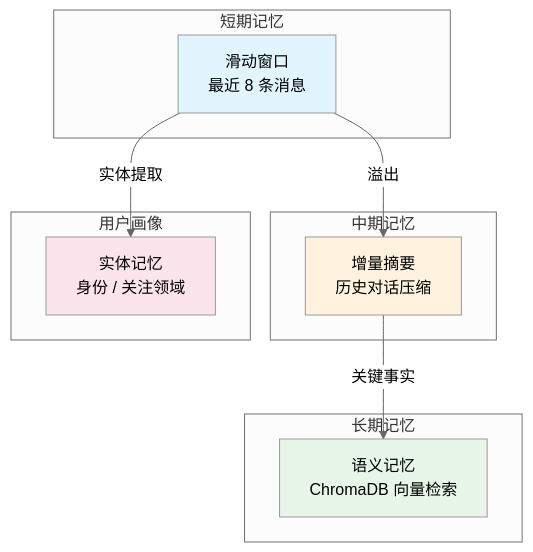
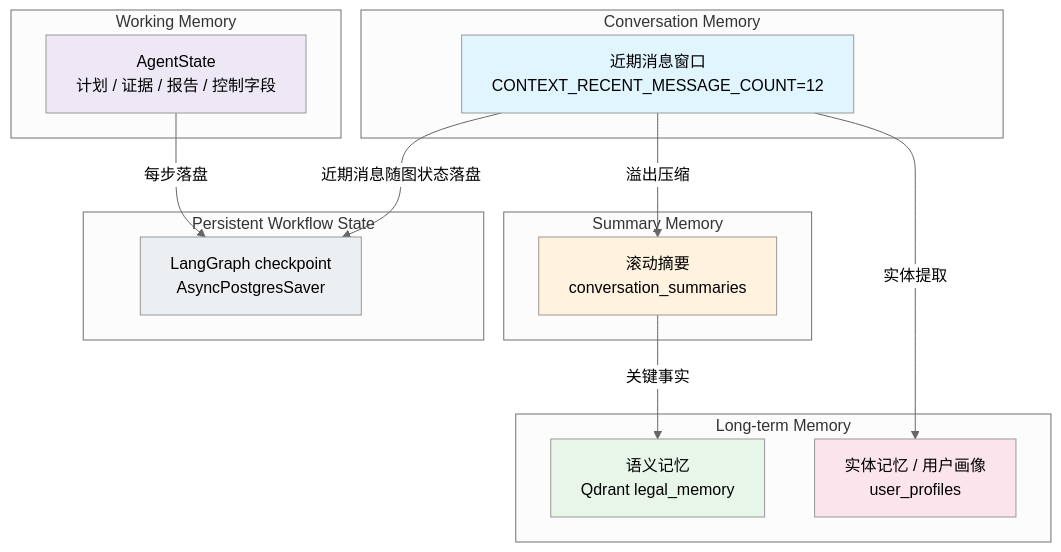
The second of 2 diagrams in docs/sequences/memory-flow.md (uuo00n/lexcore-legal-agent), drawn with Mermaid (neutral theme) before and after one commit. The commit also changed other lines of this file and 28 other files, not shown here.

````diff
--- a/docs/sequences/memory-flow.md
+++ b/docs/sequences/memory-flow.md
@@ -40,27 +41,36 @@
 ```mermaid
 graph TB
-    subgraph 短期["短期记忆"]
-        SW[滑动窗口<br/>最近 8 条消息]
+    subgraph WM["Working Memory"]
+        WS[AgentState<br/>计划 / 证据 / 报告 / 控制字段]
     end
 
-    subgraph 中期["中期记忆"]
-        SUM[增量摘要<br/>历史对话压缩]
+    subgraph 短期["Conversation Memory"]
+        SW[近期消息窗口<br/>CONTEXT_RECENT_MESSAGE_COUNT=12]
     end
 
-    subgraph 长期["长期记忆"]
-        LTM[语义记忆<br/>ChromaDB 向量检索]
+    subgraph 中期["Summary Memory"]
+        SUM[滚动摘要<br/>conversation_summaries]
     end
 
-    subgraph 画像["用户画像"]
-        PROF[实体记忆<br/>身份 / 关注领域]
+    subgraph 长期["Long-term Memory"]
+        LTM[语义记忆<br/>Qdrant legal_memory]
+        PROF[实体记忆 / 用户画像<br/>user_profiles]
     end
 
-    SW -->|溢出| SUM
+    subgraph 状态["Persistent Workflow State"]
+        CKPT[LangGraph checkpoint<br/>AsyncPostgresSaver]
+    end
+
+    SW -->|溢出压缩| SUM
     SUM -->|关键事实| LTM
     SW -->|实体提取| PROF
+    WS -->|每步落盘| CKPT
+    SW -->|近期消息随图状态落盘| CKPT
 
+    style WS fill:#ede7f6
     style SW fill:#e1f5fe
     style SUM fill:#fff3e0
     style LTM fill:#e8f5e9
     style PROF fill:#fce4ec
+    style CKPT fill:#eceff1
 ```
````
